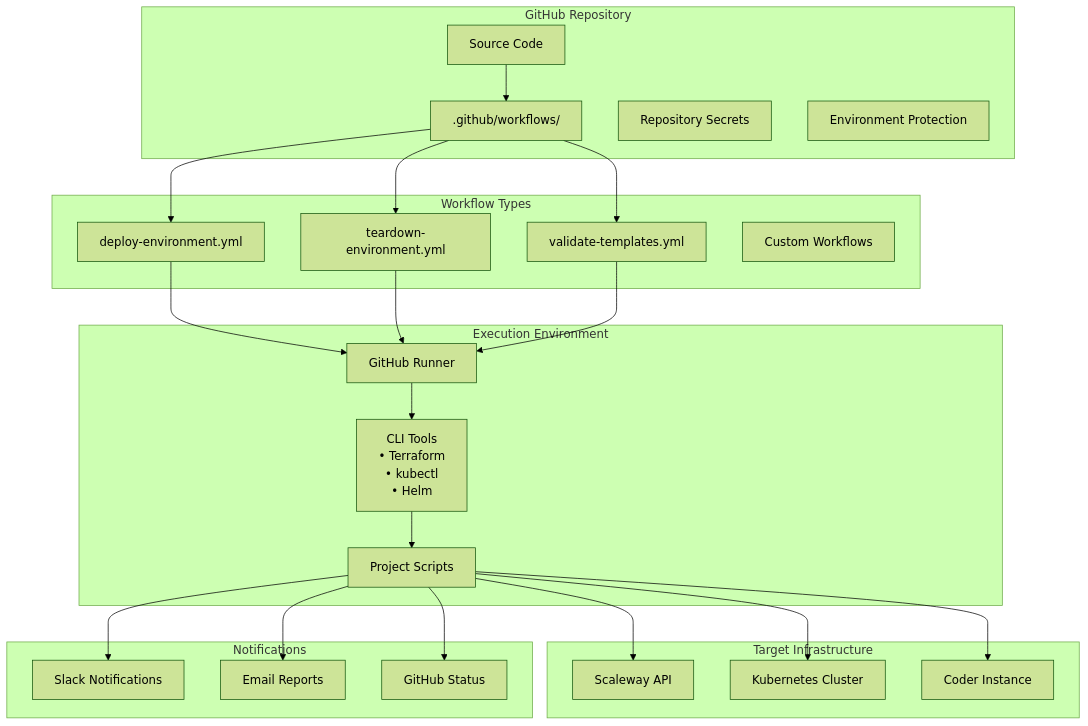
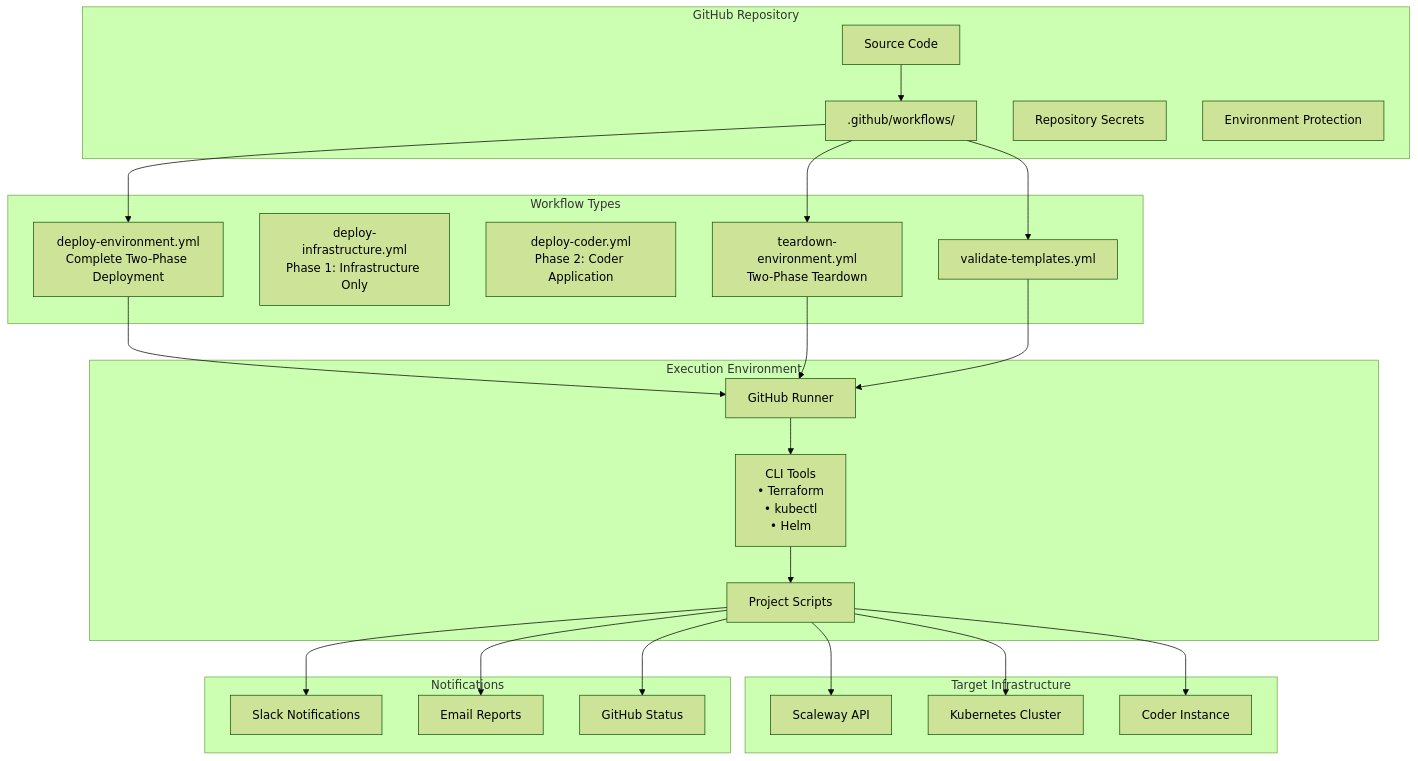
One commit to pacphi/bootstrap-coder-on-scaleway changed the third of 23 diagrams in docs/ARCHITECTURE.md. Above: the diagram before and after it, drawn with Mermaid (forest theme). The commit also changed other lines of this file and 42 other files, not shown here.

Commit message:
(feat) Major overhaul of environments, scripts, and Github Action workflows - two-phase deployment architecture - includes documentation updates

````diff
--- a/docs/ARCHITECTURE.md
+++ b/docs/ARCHITECTURE.md
@@ -60,54 +125,55 @@
 ```mermaid
 graph TB
     subgraph "GitHub Repository"
         Code[Source Code]
         Workflows[.github/workflows/]
         Secrets[Repository Secrets]
         Environments[Environment Protection]
     end
 
     subgraph "Workflow Types"
-        Deploy[deploy-environment.yml]
-        Teardown[teardown-environment.yml]
+        Deploy[deploy-environment.yml<br/>Complete Two-Phase Deployment]
+        InfraDeploy[deploy-infrastructure.yml<br/>Phase 1: Infrastructure Only]
+        CoderDeploy[deploy-coder.yml<br/>Phase 2: Coder Application]
+        Teardown[teardown-environment.yml<br/>Two-Phase Teardown]
         Validate[validate-templates.yml]
-        Custom[Custom Workflows]
     end
 
     subgraph "Execution Environment"
         Runner[GitHub Runner]
         Tools[CLI Tools<br/>• Terraform<br/>• kubectl<br/>• Helm]
         Scripts[Project Scripts]
     end
 
     subgraph "Target Infrastructure"
         ScalewayAPI[Scaleway API]
         K8sCluster[Kubernetes Cluster]
         CoderInstance[Coder Instance]
     end
 
     subgraph "Notifications"
         Slack[Slack Notifications]
         Email[Email Reports]
         GitHub[GitHub Status]
     end
 
     Code --> Workflows
     Workflows --> Deploy
     Workflows --> Teardown
     Workflows --> Validate
 
     Deploy --> Runner
     Teardown --> Runner
     Validate --> Runner
 
     Runner --> Tools
     Tools --> Scripts
 
     Scripts --> ScalewayAPI
     Scripts --> K8sCluster
     Scripts --> CoderInstance
 
     Scripts --> Slack
     Scripts --> Email
     Scripts --> GitHub
 ```
````
